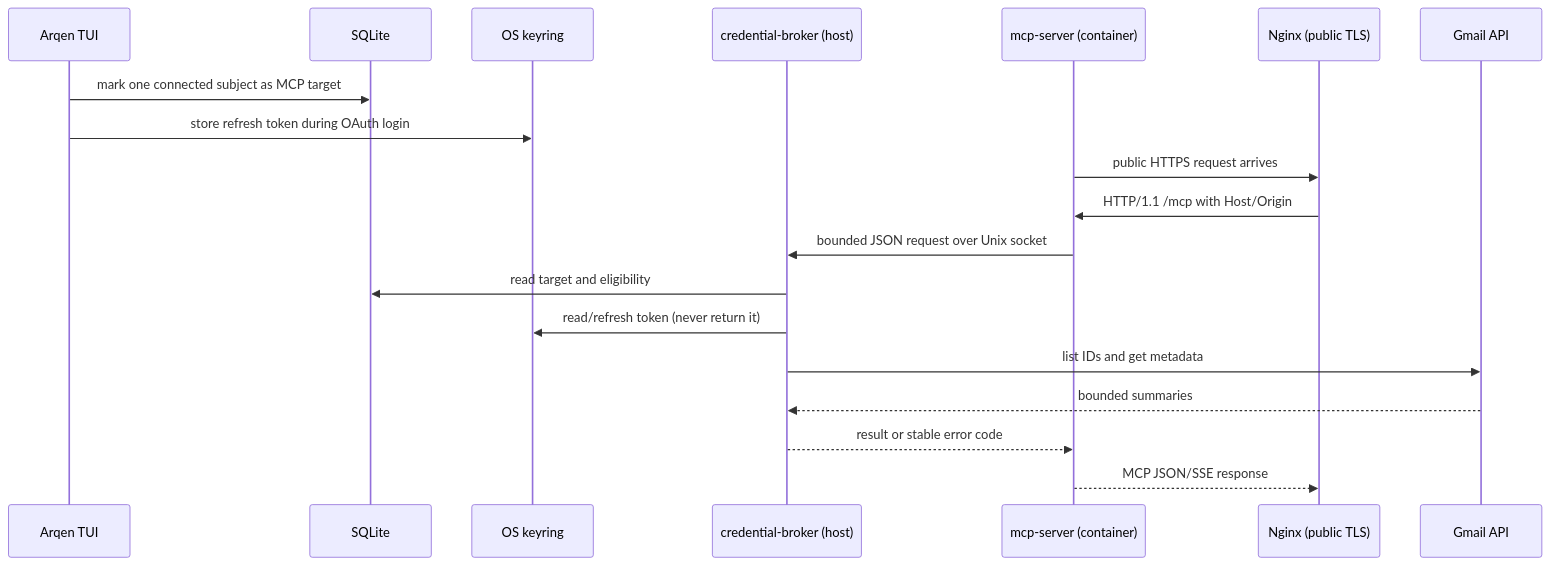
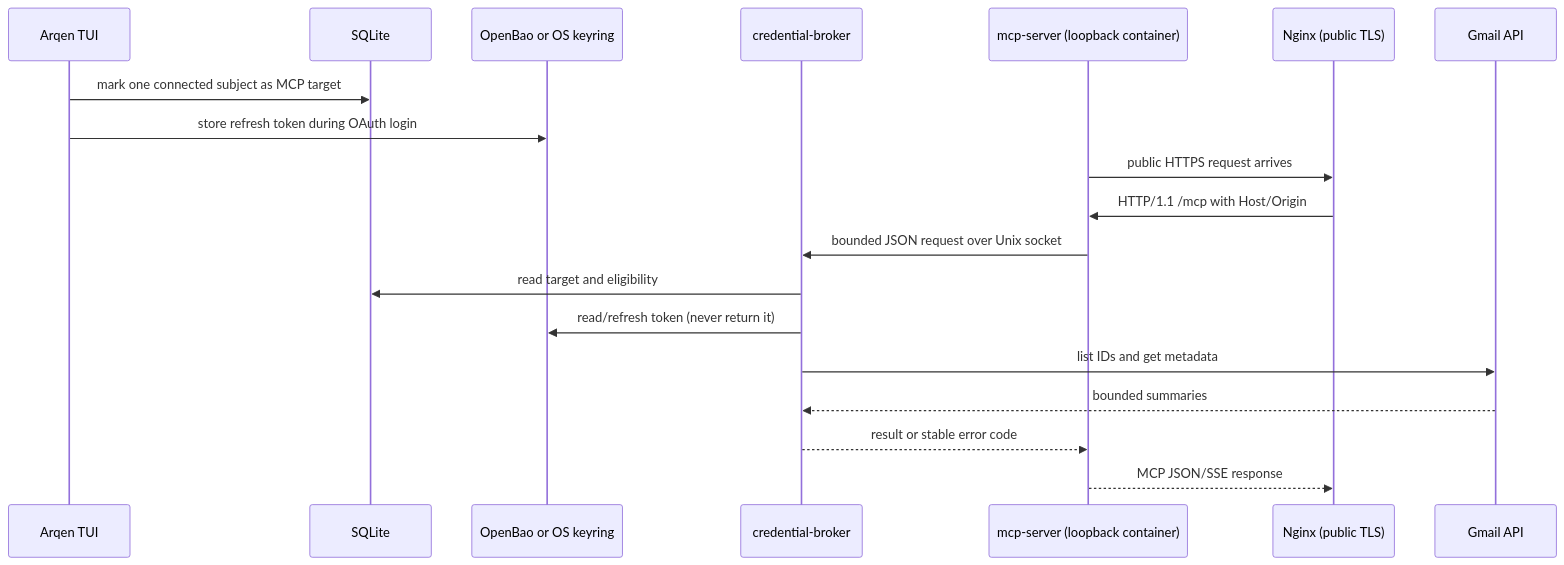
Before and after one commit to Operator-Syn/arqen: the diagram in docs/architecture/runtime-topology.md, drawn with Mermaid. The commit also changed other lines of this file, not shown here.

````diff
--- a/docs/architecture/runtime-topology.md
+++ b/docs/architecture/runtime-topology.md
@@ -9,21 +11,21 @@
 ```mermaid
 sequenceDiagram
     participant T as Arqen TUI
     participant S as SQLite
-    participant K as OS keyring
-    participant B as credential-broker (host)
-    participant M as mcp-server (container)
+    participant K as OpenBao or OS keyring
+    participant B as credential-broker
+    participant M as mcp-server (loopback container)
     participant N as Nginx (public TLS)
     participant G as Gmail API
     T->>S: mark one connected subject as MCP target
     T->>K: store refresh token during OAuth login
     M->>N: public HTTPS request arrives
     N->>M: HTTP/1.1 /mcp with Host/Origin
     M->>B: bounded JSON request over Unix socket
     B->>S: read target and eligibility
     B->>K: read/refresh token (never return it)
     B->>G: list IDs and get metadata
     G-->>B: bounded summaries
     B-->>M: result or stable error code
     M-->>N: MCP JSON/SSE response
 ```
````
